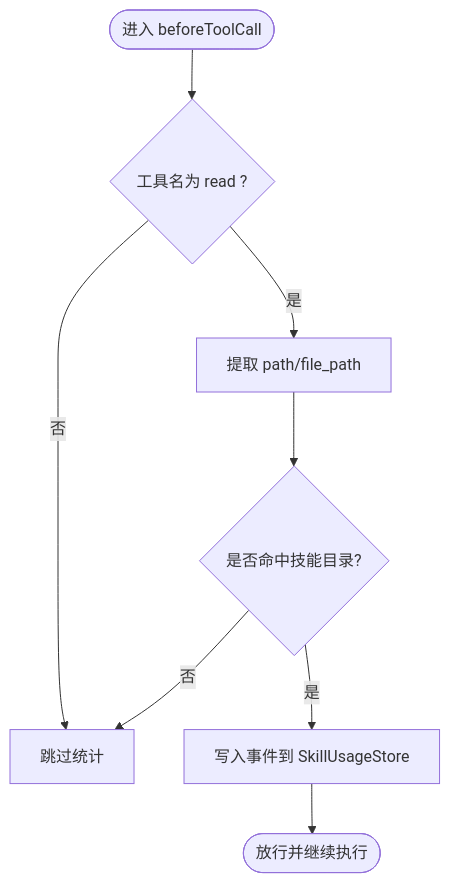
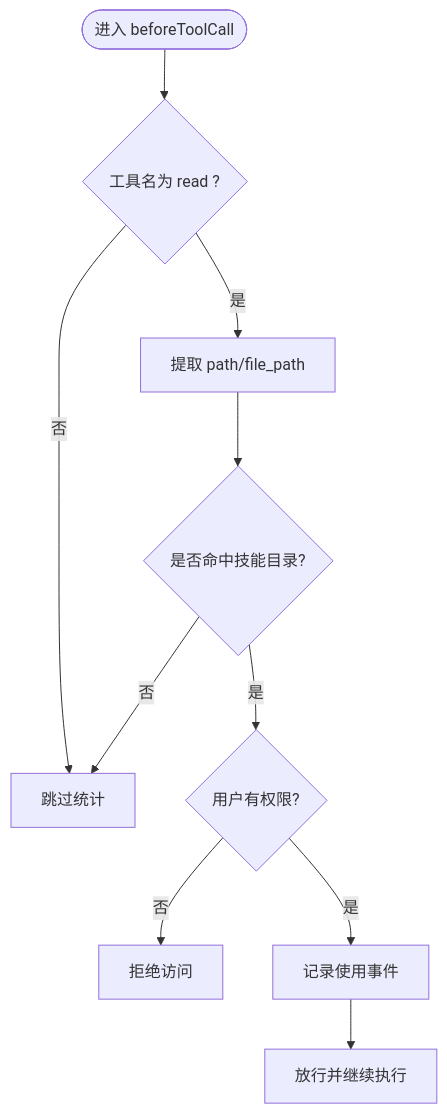
Before and after one commit to HeXiaoShu520/feishu-pi: the third of 5 diagrams in .qoder/repowiki/zh/content/数据管理/技能使用统计.md, drawn with Mermaid. The commit also changed other lines of this file and 47 other files, not shown here.

````diff
--- a/.qoder/repowiki/zh/content/数据管理/技能使用统计.md
+++ b/.qoder/repowiki/zh/content/数据管理/技能使用统计.md
@@ -123,10 +134,12 @@
 ```mermaid
 flowchart TD
 Start(["进入 beforeToolCall"]) --> CheckTool{"工具名为 read ?"}
 CheckTool -- 否 --> ExitNo["跳过统计"]
 CheckTool -- 是 --> ExtractPath["提取 path/file_path"]
 ExtractPath --> MatchSkill{"是否命中技能目录?"}
 MatchSkill -- 否 --> ExitNo
-MatchSkill -- 是 --> Record["写入事件到 SkillUsageStore"]
-Record --> Done(["放行并继续执行"])
+MatchSkill -- 是 --> CheckPerm{"用户有权限?"}
+CheckPerm -- 否 --> Block["拒绝访问"]
+CheckPerm -- 是 --> Record["记录使用事件"]
+Record --> Done["放行并继续执行"]
 ```
````
